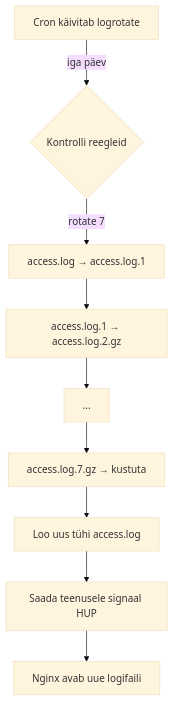
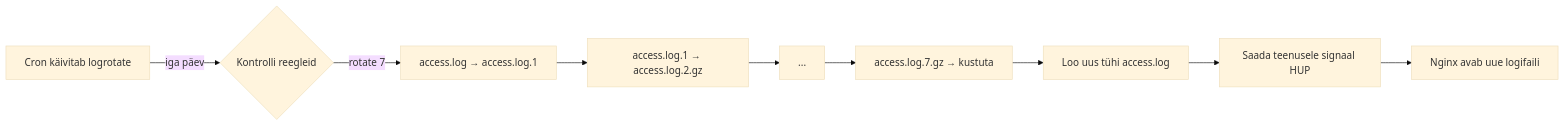
One commit to mariatesttalvik/monitoring changed the second of 3 diagrams in docs/materials/lectures/Linux/intro-to-linux-logging.md. Above: the diagram before and after it, drawn with Mermaid (base theme). The commit also changed other lines of this file and 1 other file, not shown here.

````diff
--- a/docs/materials/lectures/Linux/intro-to-linux-logging.md
+++ b/docs/materials/lectures/Linux/intro-to-linux-logging.md
@@ -198,11 +199,11 @@
 ```mermaid
-graph TD
+graph LR
     A[Cron käivitab logrotate] -->|iga päev| B{Kontrolli reegleid}
     B -->|rotate 7| C[access.log → access.log.1]
     C --> D[access.log.1 → access.log.2.gz]
     D --> E[...]
     E --> F[access.log.7.gz → kustuta]
     F --> G[Loo uus tühi access.log]
     G --> H[Saada teenusele signaal HUP]
     H --> I[Nginx avab uue logifaili]
 ```
````
